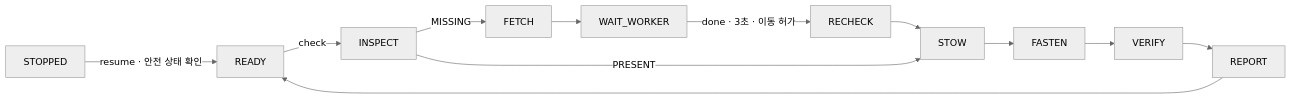
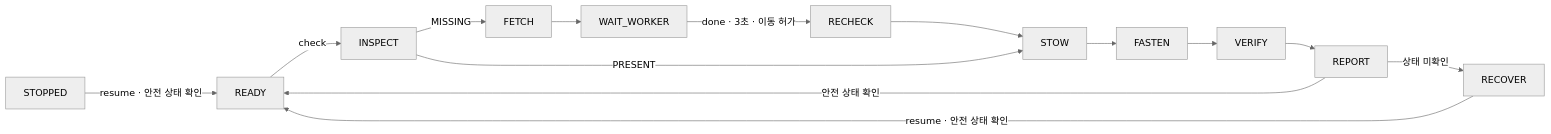
Before and after one commit to CHOI-510/rokey10_b1_2nd_core: the second of 2 diagrams in docs/ARCHITECTURE.md, drawn with Mermaid (neutral theme). The commit also changed other lines of this file and 43 other files, not shown here.

````diff
--- a/docs/ARCHITECTURE.md
+++ b/docs/ARCHITECTURE.md
@@ -33,9 +36,11 @@
 ```mermaid
 flowchart LR
     READY -->|check| INSPECT
     INSPECT -->|MISSING| FETCH --> WAIT_WORKER
     WAIT_WORKER -->|done · 3초 · 이동 허가| RECHECK --> STOW
     INSPECT -->|PRESENT| STOW
-    STOW --> FASTEN --> VERIFY --> REPORT --> READY
+    STOW --> FASTEN --> VERIFY --> REPORT
+    REPORT -->|안전 상태 확인| READY
+    REPORT -->|상태 미확인| RECOVER -->|resume · 안전 상태 확인| READY
     STOPPED -->|resume · 안전 상태 확인| READY
 ```
````
